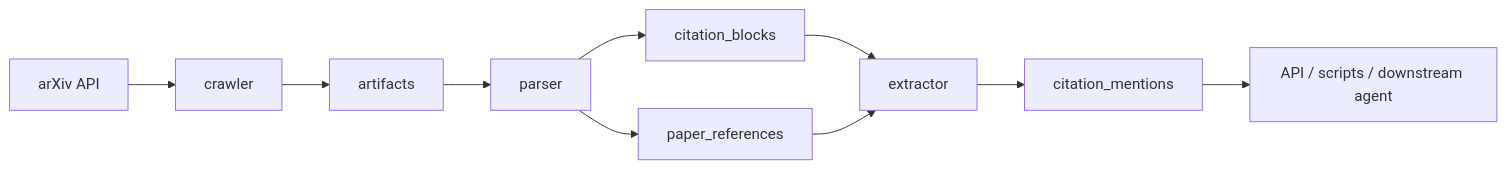
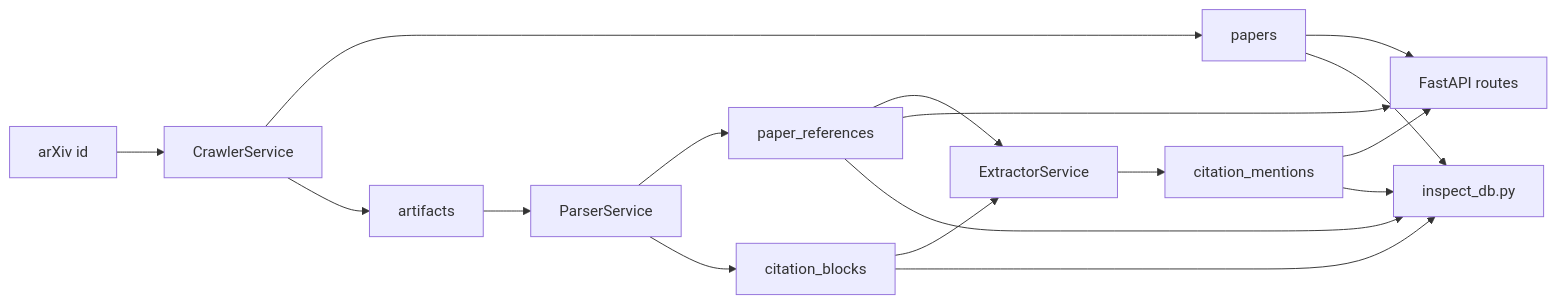
The first of 2 diagrams in ARCHITECTURE.md (vegaction/next_briefgpt), drawn with Mermaid before and after one commit. The commit also changed other lines of this file and 20 other files, not shown here.

````diff
--- a/ARCHITECTURE.md
+++ b/ARCHITECTURE.md
@@ -35,12 +19,19 @@
 ```mermaid
 flowchart LR
-    A["arXiv API"] --> B["crawler"]
-    B --> C["artifacts"]
-    C --> D["parser"]
-    D --> F["paper_references"]
-    D --> G["citation_blocks"]
-    G --> H["extractor"]
+    A["arXiv id"] --> B["CrawlerService"]
+    B --> C["papers"]
+    B --> D["artifacts"]
+    D --> E["ParserService"]
+    E --> F["paper_references"]
+    E --> G["citation_blocks"]
+    G --> H["ExtractorService"]
     F --> H
     H --> I["citation_mentions"]
-    I --> J["API / scripts / downstream agent"]
+    C --> J["FastAPI routes"]
+    F --> J
+    I --> J
+    C --> K["inspect_db.py"]
+    F --> K
+    G --> K
+    I --> K
 ```
````
